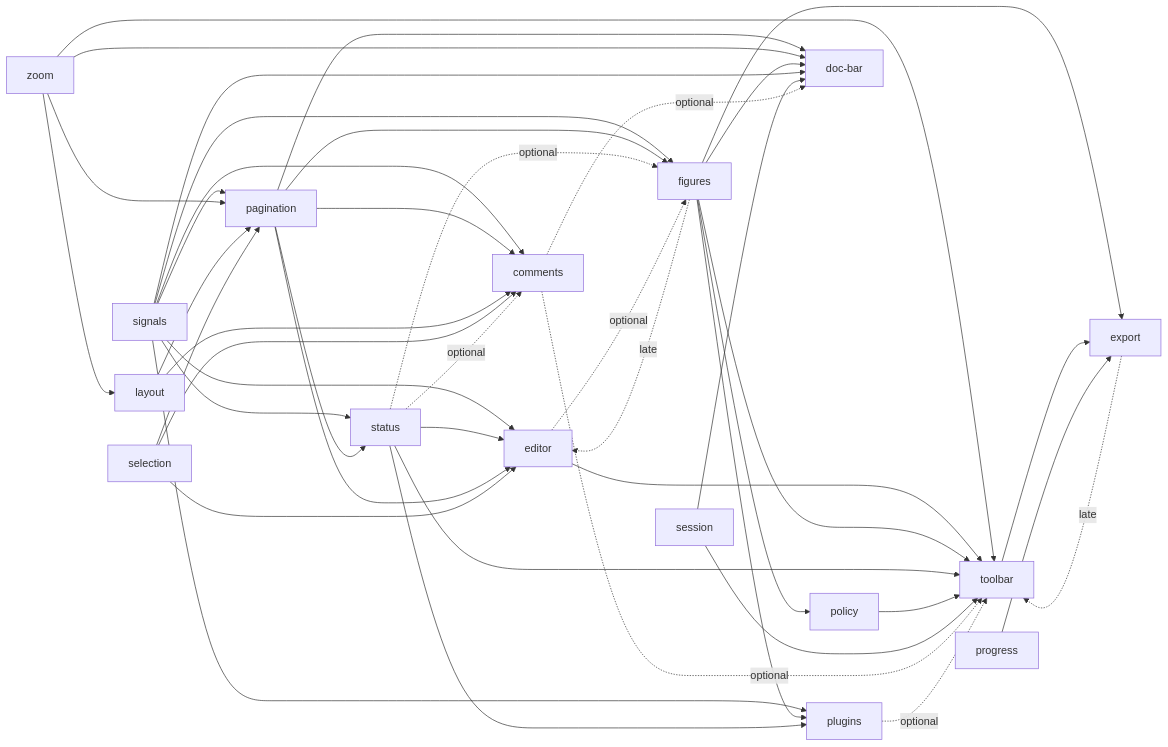
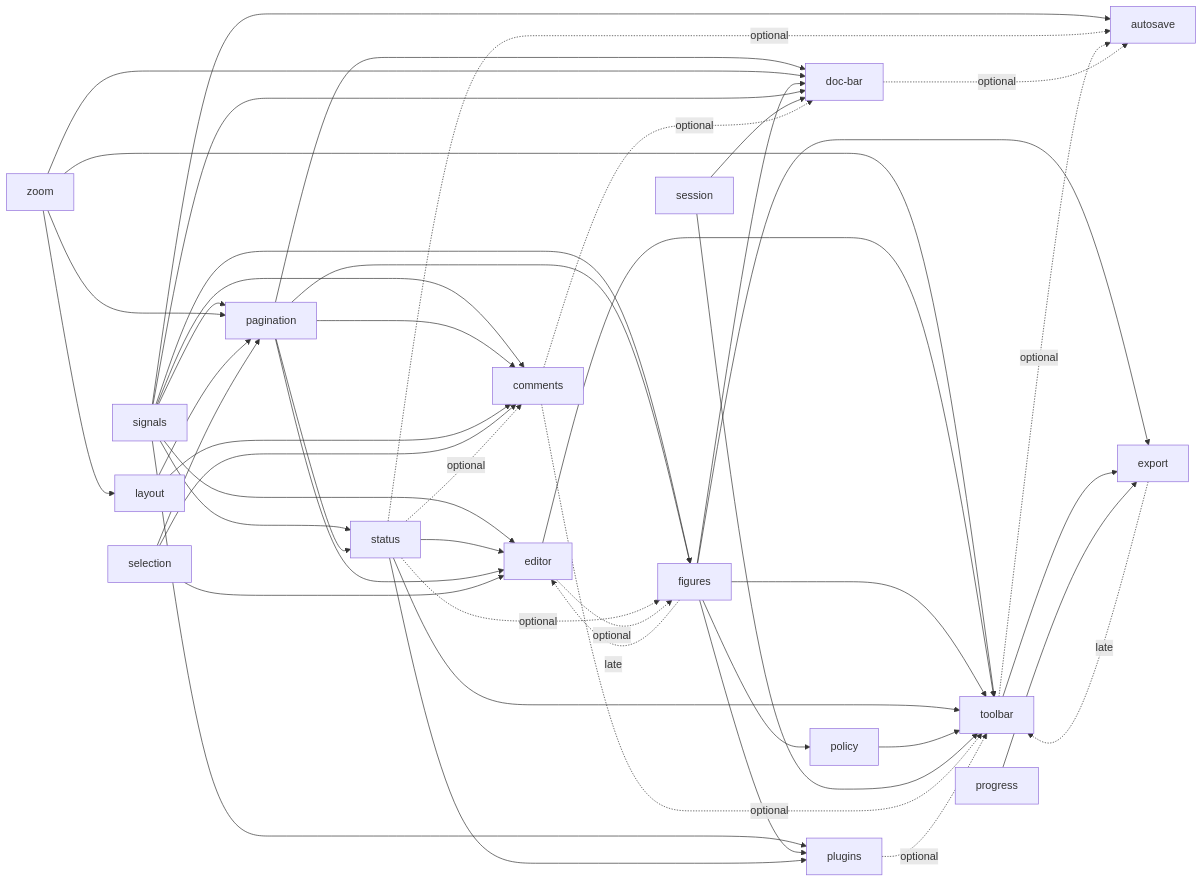
The diagram in DEPS.md (nakrasian/standalone-doc), drawn with Mermaid before and after one commit. The commit also changed other lines of this file and 35 other files, not shown here.

````diff
--- a/DEPS.md
+++ b/DEPS.md
@@ -31,46 +32,50 @@
 ```mermaid
 graph LR
   zoom --> layout
   signals --> pagination
   zoom --> pagination
   layout --> pagination
   selection --> pagination
   signals --> status
   pagination --> status
   signals --> editor
   status --> editor
   pagination --> editor
   selection --> editor
   figures -.->|late| editor
   signals --> comments
   pagination --> comments
   layout --> comments
   selection --> comments
   status -.->|optional| comments
   signals --> figures
   pagination --> figures
   status -.->|optional| figures
   editor -.->|optional| figures
   figures --> policy
+  signals --> autosave
+  status -.->|optional| autosave
+  toolbar -.->|optional| autosave
+  doc-bar -.->|optional| autosave
   zoom --> toolbar
   editor --> toolbar
   figures --> toolbar
   status --> toolbar
   policy --> toolbar
   session --> toolbar
   export -.->|late| toolbar
   comments -.->|optional| toolbar
   plugins -.->|optional| toolbar
   pagination --> doc-bar
   zoom --> doc-bar
   figures --> doc-bar
   signals --> doc-bar
   session --> doc-bar
   comments -.->|optional| doc-bar
   signals --> plugins
   figures --> plugins
   status --> plugins
   figures --> export
   toolbar --> export
   progress --> export
 ```
````
